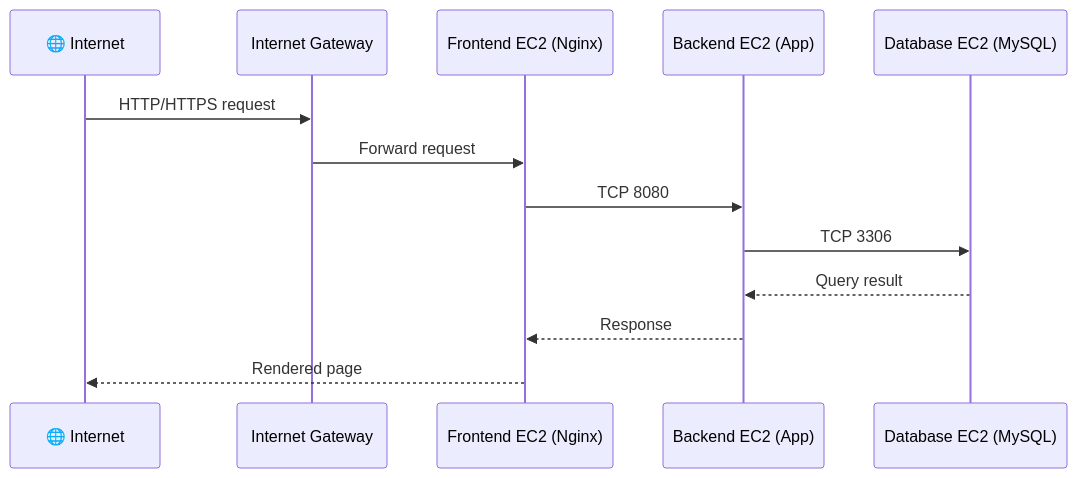
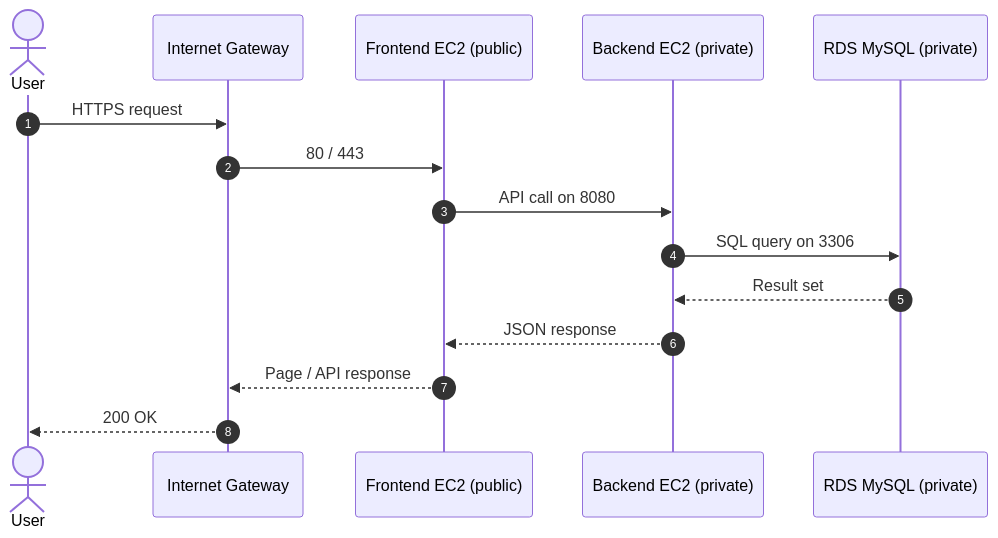
One commit to ajaydhadi95-gif/terraform-aws-modular-infrastructure changed the first of 2 diagrams in README.md. Above: the diagram before and after it, drawn with Mermaid. The commit also changed other lines of this file, not shown here.

````diff
--- a/README.md
+++ b/README.md
@@ -165,16 +90,18 @@
 ```mermaid
 sequenceDiagram
-    participant U as 🌐 Internet
+    autonumber
+    actor U as User
     participant IGW as Internet Gateway
-    participant FE as Frontend EC2 (Nginx)
-    participant BE as Backend EC2 (App)
-    participant DB as Database EC2 (MySQL)
+    participant FE as Frontend EC2 (public)
+    participant BE as Backend EC2 (private)
+    participant DB as RDS MySQL (private)
 
-    U->>IGW: HTTP/HTTPS request
-    IGW->>FE: Forward request
-    FE->>BE: TCP 8080
-    BE->>DB: TCP 3306
-    DB-->>BE: Query result
-    BE-->>FE: Response
-    FE-->>U: Rendered page
+    U->>IGW: HTTPS request
+    IGW->>FE: 80 / 443
+    FE->>BE: API call on 8080
+    BE->>DB: SQL query on 3306
+    DB-->>BE: Result set
+    BE-->>FE: JSON response
+    FE-->>IGW: Page / API response
+    IGW-->>U: 200 OK
 ```
````
